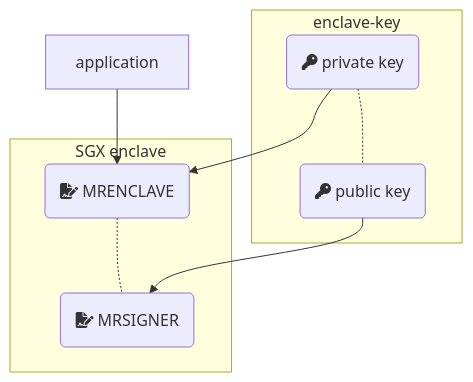
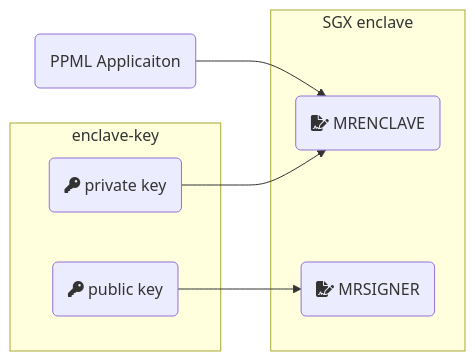
One commit to intel-analytics/ipex-llm changed the diagram in docs/readthedocs/source/doc/PPML/QuickStart/deploy_ppml_in_production.md. Above: the diagram before and after it, drawn with Mermaid. The commit also changed other lines of this file, not shown here.

Commit message:
Refine MRENCLAVE plot

````diff
--- a/docs/readthedocs/source/doc/PPML/QuickStart/deploy_ppml_in_production.md
+++ b/docs/readthedocs/source/doc/PPML/QuickStart/deploy_ppml_in_production.md
@@ -55,12 +23,14 @@
 ```mermaid
-graph TD
+graph LR
 	subgraph SGX enclave
-	MRENCLAVE(fa:fa-file-signature MRENCLAVE) -.- MRSIGNER(fa:fa-file-signature MRSIGNER)
+	MRENCLAVE(fa:fa-file-signature MRENCLAVE)
+	MRSIGNER(fa:fa-file-signature MRSIGNER)
   end
 	subgraph enclave-key
-	private_key(fa:fa-key private key) -.- public_key(fa:fa-key public key)
+	private_key(fa:fa-key private key)
+	public_key(fa:fa-key public key)
 	end
 	private_key --> MRENCLAVE
-	application --> MRENCLAVE
+	ppml_application(PPML Applicaiton) --> MRENCLAVE
 	public_key --> MRSIGNER
 ```
````
